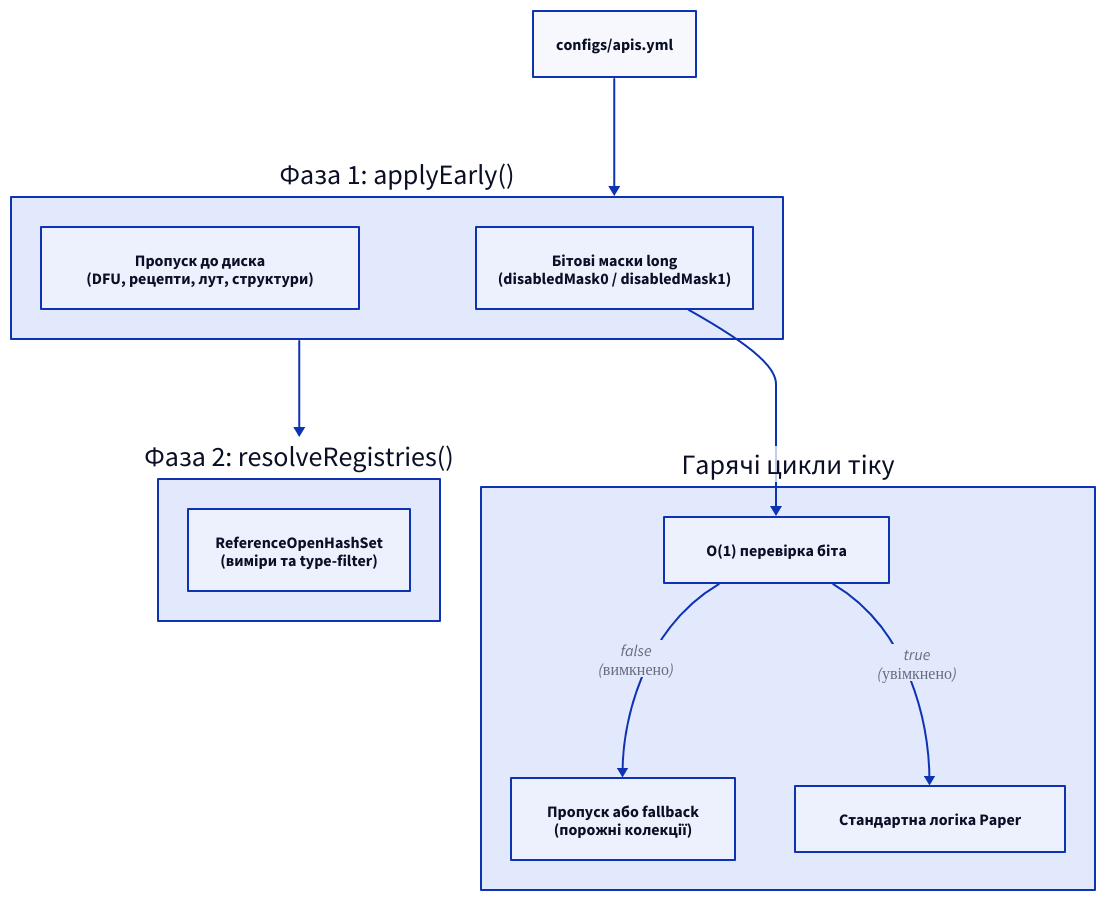
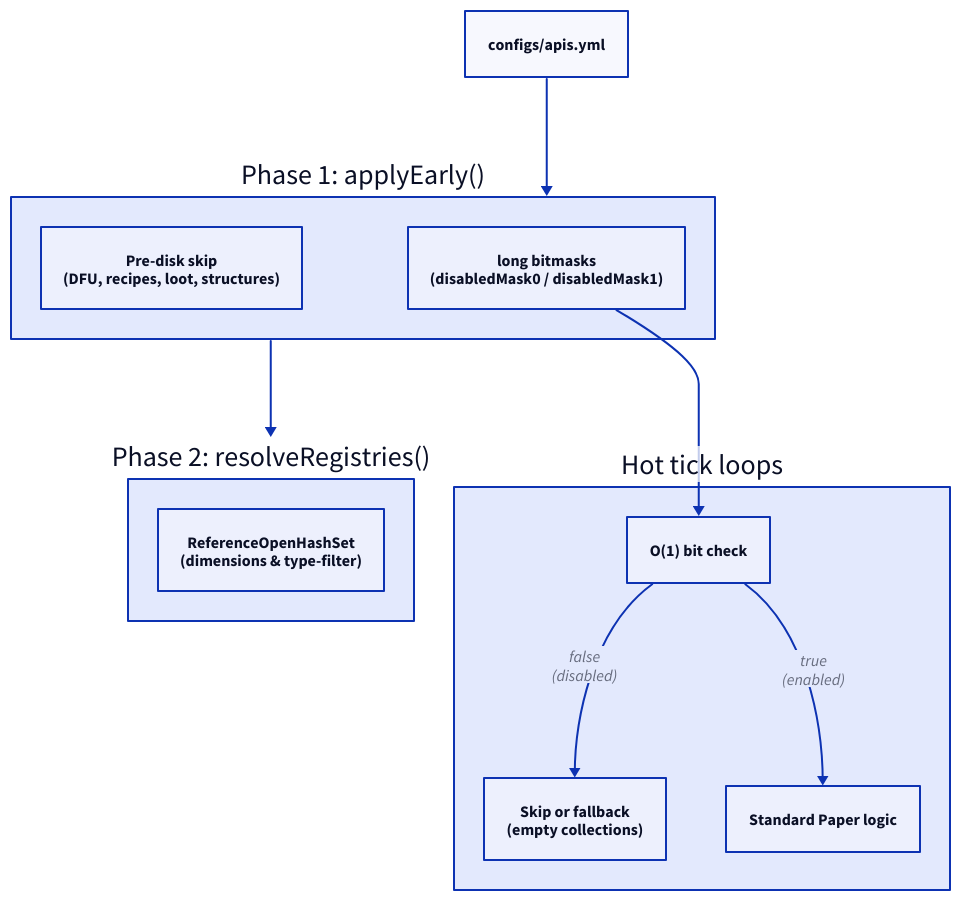
The diagram in src/content/docs/configuration/kill-switches.md (ApisMC/apismc.github.io), drawn with D2 before and after one commit. The commit also changed other lines of this file and 49 other files, not shown here.

````diff
--- a/src/content/docs/configuration/kill-switches.md
+++ b/src/content/docs/configuration/kill-switches.md
@@ -14,23 +14,23 @@
-```d2 title="Схема роботи FeatureRegistry та Kill-Switches"
+```d2 title="FeatureRegistry and Kill-Switches Flow"
 direction: down
 
 cfg: "configs/apis.yml"
-phase1: "Фаза 1: applyEarly()" {
-  pruning: "Пропуск до диска\n(DFU, рецепти, лут, структури)"
-  masks: "Бітові маски long\n(disabledMask0 / disabledMask1)"
+phase1: "Phase 1: applyEarly()" {
+  pruning: "Pre-disk skip\n(DFU, recipes, loot, structures)"
+  masks: "long bitmasks\n(disabledMask0 / disabledMask1)"
 }
-phase2: "Фаза 2: resolveRegistries()" {
-  sets: "ReferenceOpenHashSet\n(виміри та type-filter)"
+phase2: "Phase 2: resolveRegistries()" {
+  sets: "ReferenceOpenHashSet\n(dimensions & type-filter)"
 }
-tick: "Гарячі цикли тіку" {
-  check: "O(1) перевірка біта"
-  skip: "Пропуск або fallback\n(порожні колекції)"
-  run: "Стандартна логіка Paper"
-  check -> skip: "false\n(вимкнено)"
-  check -> run: "true\n(увімкнено)"
+tick: "Hot tick loops" {
+  check: "O(1) bit check"
+  skip: "Skip or fallback\n(empty collections)"
+  run: "Standard Paper logic"
+  check -> skip: "false\n(disabled)"
+  check -> run: "true\n(enabled)"
 }
 
 cfg -> phase1
 phase1.masks -> tick.check
 phase1 -> phase2
 ```
````
